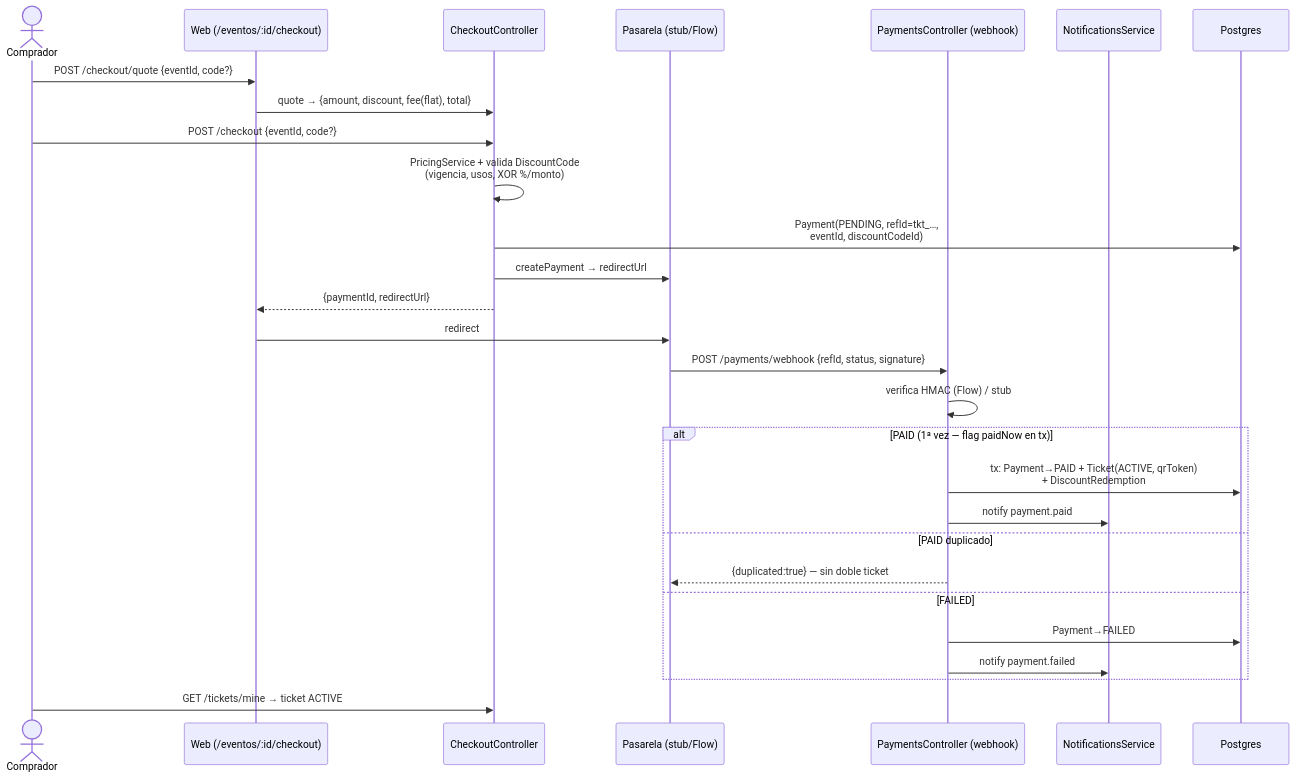
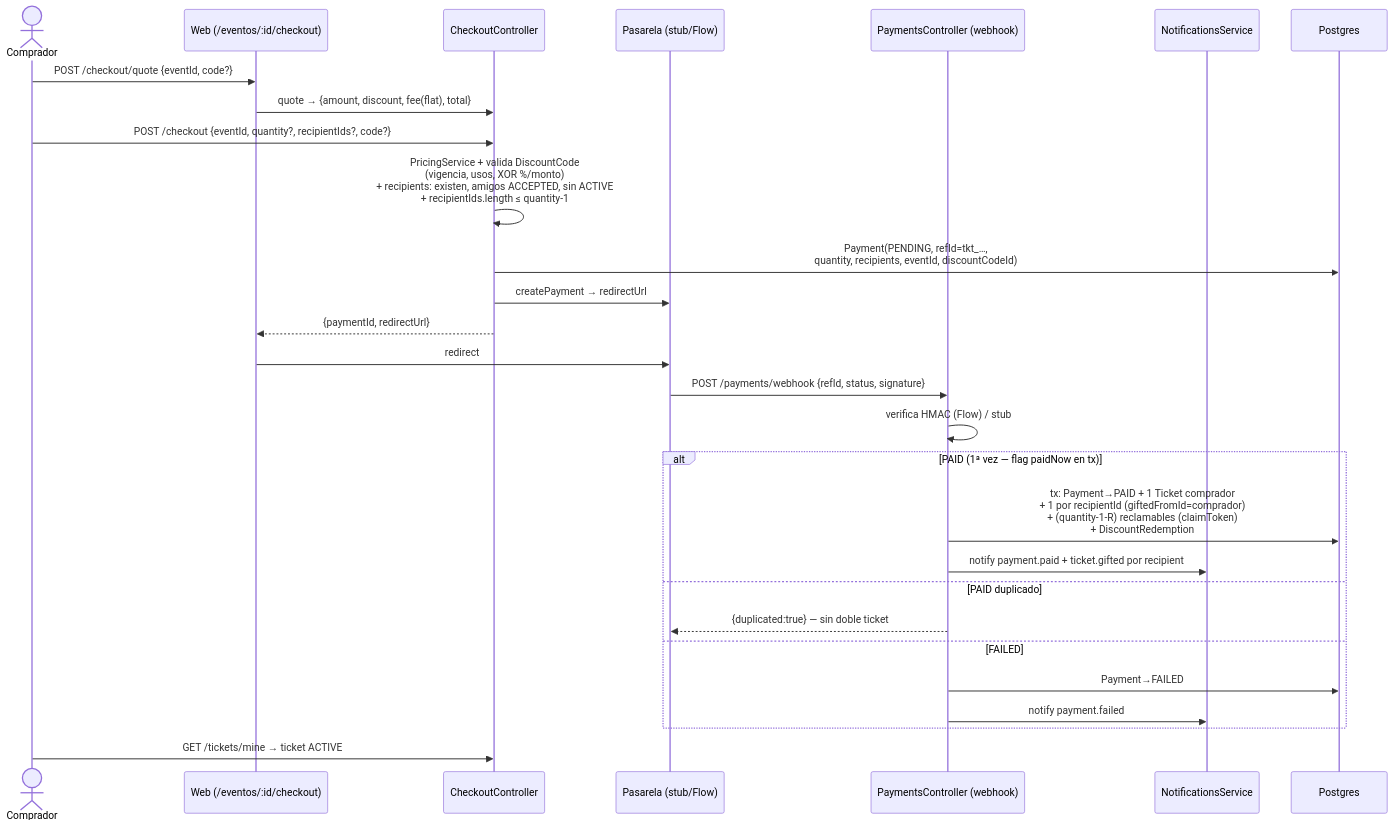
One commit to EduardoSalasG/omnidance changed the fourth of 23 diagrams in docs/flows.md. Above: the diagram before and after it, drawn with Mermaid. The commit also changed other lines of this file and 27 other files, not shown here.

Commit message:
Multi-ticket con claim links por WhatsApp: selector de cantidad en checkout, tickets reclamables (Ticket.claimToken/paymentId), landing publica /reclamar, wallet 'Por reclamar' + share, transfer quema token, shows en todos los eventos (vie/sab 6-7), tour QR sin detalle de rotacion

````diff
--- a/docs/flows.md
+++ b/docs/flows.md
@@ -68,31 +68,31 @@
 ```mermaid
 sequenceDiagram
     actor U as Comprador
     participant W as Web (/eventos/:id/checkout)
     participant API as CheckoutController
     participant GW as Pasarela (stub/Flow)
     participant WH as PaymentsController (webhook)
     participant N as NotificationsService
     participant DB as Postgres
 
     U->>W: POST /checkout/quote {eventId, code?}
     W->>API: quote → {amount, discount, fee(flat), total}
-    U->>API: POST /checkout {eventId, code?}
-    API->>API: PricingService + valida DiscountCode<br/>(vigencia, usos, XOR %/monto)
-    API->>DB: Payment(PENDING, refId=tkt_…,<br/>eventId, discountCodeId)
+    U->>API: POST /checkout {eventId, quantity?, recipientIds?, code?}
+    API->>API: PricingService + valida DiscountCode<br/>(vigencia, usos, XOR %/monto)<br/>+ recipients: existen, amigos ACCEPTED, sin ACTIVE<br/>+ recipientIds.length ≤ quantity-1
+    API->>DB: Payment(PENDING, refId=tkt_…,<br/>quantity, recipients, eventId, discountCodeId)
     API->>GW: createPayment → redirectUrl
     API-->>W: {paymentId, redirectUrl}
     W->>GW: redirect
     GW->>WH: POST /payments/webhook {refId, status, signature}
     WH->>WH: verifica HMAC (Flow) / stub
     alt PAID (1ª vez — flag paidNow en tx)
-        WH->>DB: tx: Payment→PAID + Ticket(ACTIVE, qrToken)<br/>+ DiscountRedemption
-        WH->>N: notify payment.paid
+        WH->>DB: tx: Payment→PAID + 1 Ticket comprador<br/>+ 1 por recipientId (giftedFromId=comprador)<br/>+ (quantity-1-R) reclamables (claimToken)<br/>+ DiscountRedemption
+        WH->>N: notify payment.paid + ticket.gifted por recipient
     else PAID duplicado
         WH-->>GW: {duplicated:true} — sin doble ticket
     else FAILED
         WH->>DB: Payment→FAILED
         WH->>N: notify payment.failed
     end
     U->>API: GET /tickets/mine → ticket ACTIVE
 ```
````
